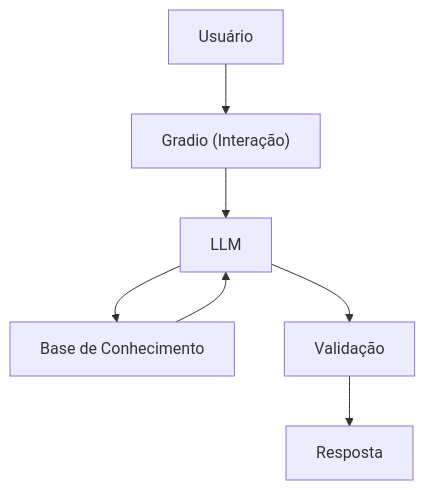
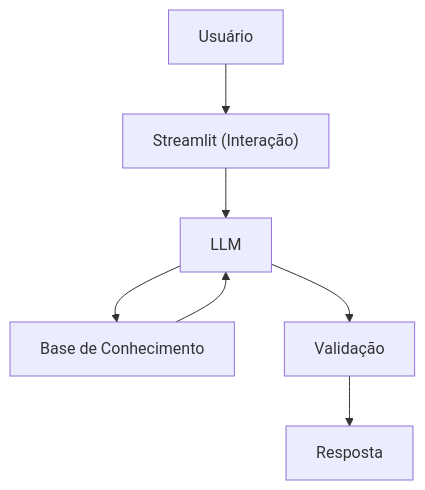
One commit to rdecamini/dio-lab-bia-do-futuro changed the diagram in docs/01-documentacao-agente.md. Above: the diagram before and after it, drawn with Mermaid. The commit also changed other lines of this file, not shown here.

````diff
--- a/docs/01-documentacao-agente.md
+++ b/docs/01-documentacao-agente.md
@@ -51,9 +51,9 @@
 ```mermaid
 flowchart TD
-    A[Usuário] -->B["Gradio (Interação)"]
+    A[Usuário] -->B["Streamlit (Interação)"]
     B --> C[LLM]
     C --> D[Base de Conhecimento]
     D --> C
     C --> E[Validação]
     E --> F[Resposta]
 ```
````
